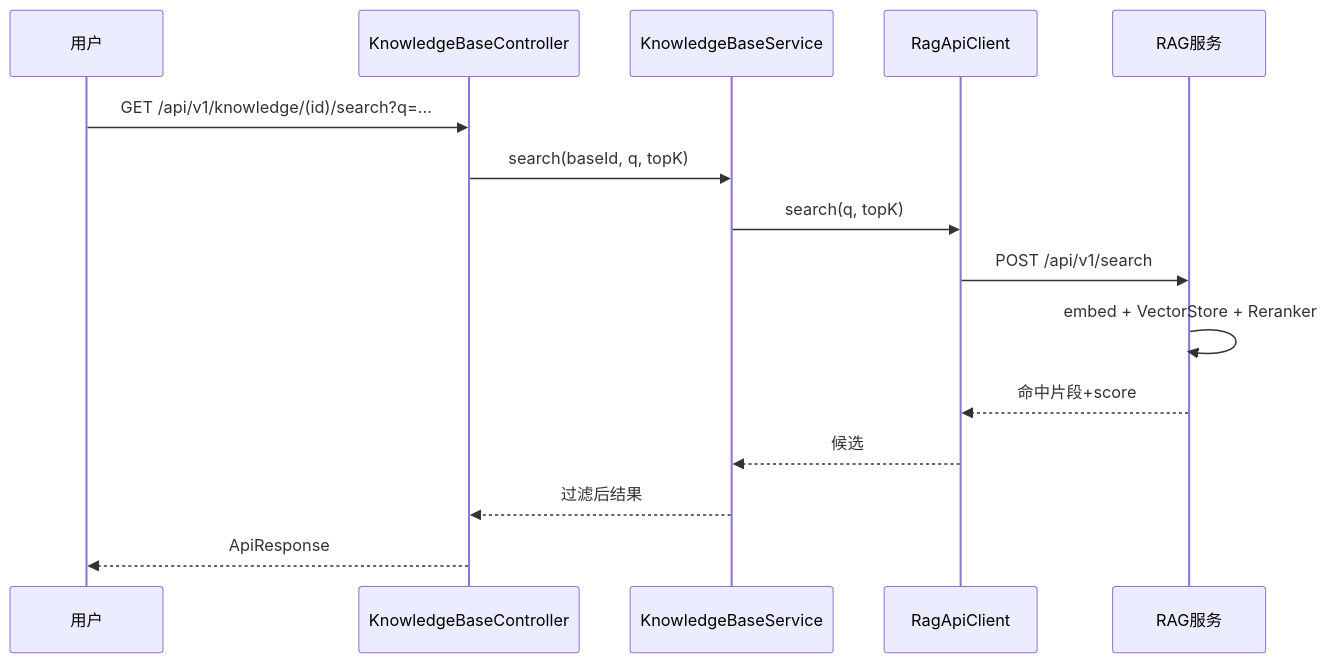
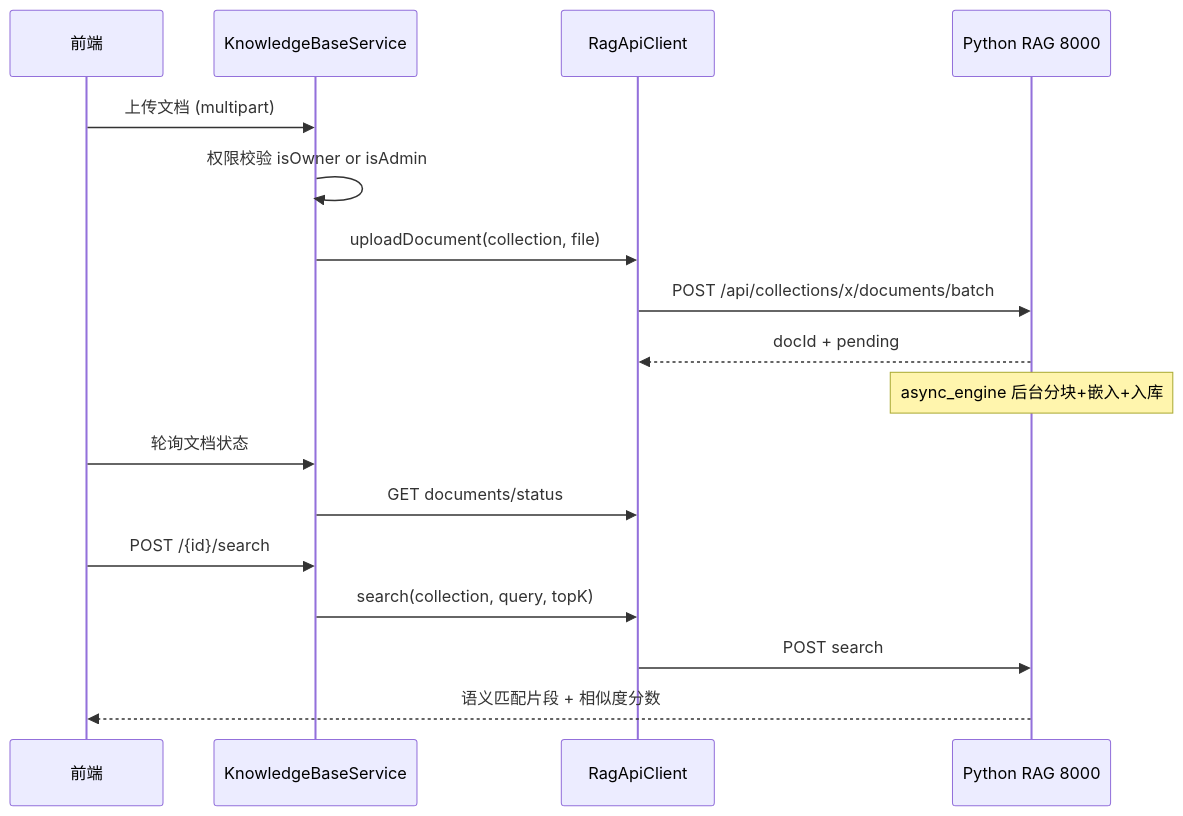
One commit to mambo-wang/CodingHub changed the third of 3 diagrams in repowiki/wiki/modules/知识库与RAG.md. Above: the diagram before and after it, drawn with Mermaid. The commit also changed other lines of this file and 59 other files, not shown here.

````diff
--- a/repowiki/wiki/modules/知识库与RAG.md
+++ b/repowiki/wiki/modules/知识库与RAG.md
@@ -91,17 +130,19 @@
 ```mermaid
 sequenceDiagram
-    participant U as 用户
-    participant KBC as KnowledgeBaseController
-    participant Svc as KnowledgeBaseService
-    participant RAC as RagApiClient
-    participant PY as RAG服务
-    U->>KBC: GET /api/v1/knowledge/(id)/search?q=...
-    KBC->>Svc: search(baseId, q, topK)
-    Svc->>RAC: search(q, topK)
-    RAC->>PY: POST /api/v1/search
-    PY->>PY: embed + VectorStore + Reranker
-    PY-->>RAC: 命中片段+score
-    RAC-->>Svc: 候选
-    Svc-->>KBC: 过滤后结果
-    KBC-->>U: ApiResponse
+    participant FE as 前端
+    participant KB as KnowledgeBaseService
+    participant RC as RagApiClient
+    participant RAG as Python RAG 8000
+    FE->>KB: 上传文档 (multipart)
+    KB->>KB: 权限校验 isOwner or isAdmin
+    KB->>RC: uploadDocument(collection, file)
+    RC->>RAG: POST /api/collections/x/documents/batch
+    RAG-->>RC: docId + pending
+    Note over RAG: async_engine 后台分块+嵌入+入库
+    FE->>KB: 轮询文档状态
+    KB->>RC: GET documents/status
+    FE->>KB: POST /{id}/search
+    KB->>RC: search(collection, query, topK)
+    RC->>RAG: POST search
+    RAG-->>FE: 语义匹配片段 + 相似度分数
 ```
````
